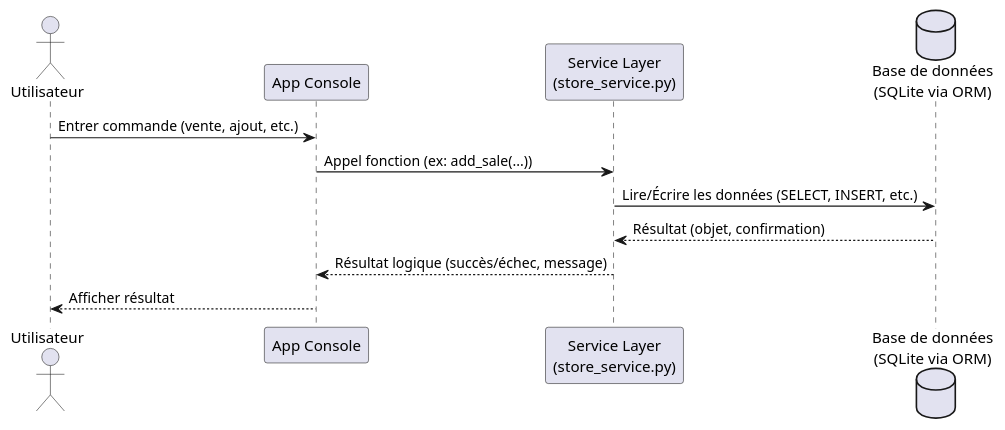
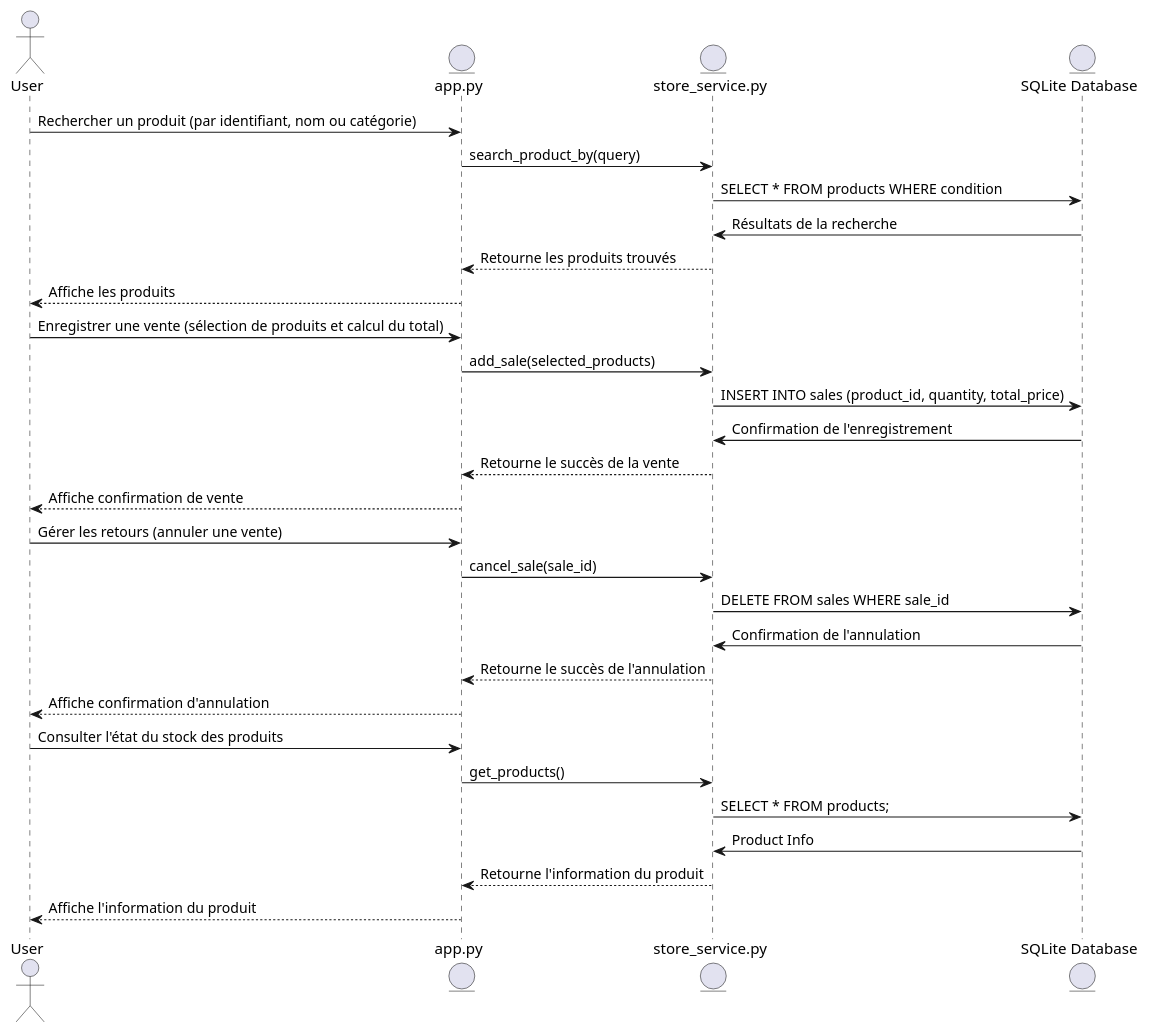
The diagram in docs/UML/lab1/sequence.puml (LawrenceLiang02/LOG430_ETAPE1), drawn with PlantUML before and after one commit. The commit also changed 1 other file, not shown here.

Commit message:
diagramme de sequence

```diff
--- a/docs/UML/lab1/sequence.puml
+++ b/docs/UML/lab1/sequence.puml
@@ -1,13 +1,35 @@
 @startuml diag_seq
-actor Utilisateur
-participant "App Console" as App
-participant "Service Layer\n(store_service.py)" as Service
-database "Base de données\n(SQLite via ORM)" as DB
+actor User
+entity "app.py" as App
+entity "store_service.py" as Service
+entity "SQLite Database" as DB
 
-Utilisateur -> App : Entrer commande (vente, ajout, etc.)
-App -> Service : Appel fonction (ex: add_sale(...))
-Service -> DB : Lire/Écrire les données (SELECT, INSERT, etc.)
-DB --> Service : Résultat (objet, confirmation)
-Service --> App : Résultat logique (succès/échec, message)
-App --> Utilisateur : Afficher résultat
+User -> App: Rechercher un produit (par identifiant, nom ou catégorie)
+App -> Service: search_product_by(query)
+Service -> DB: SELECT * FROM products WHERE condition
+DB -> Service: Résultats de la recherche
+Service --> App: Retourne les produits trouvés
+App --> User: Affiche les produits
+
+User -> App: Enregistrer une vente (sélection de produits et calcul du total)
+App -> Service: add_sale(selected_products)
+Service -> DB: INSERT INTO sales (product_id, quantity, total_price)
+DB -> Service: Confirmation de l'enregistrement
+Service --> App: Retourne le succès de la vente
+App --> User: Affiche confirmation de vente
+
+User -> App: Gérer les retours (annuler une vente)
+App -> Service: cancel_sale(sale_id)
+Service -> DB: DELETE FROM sales WHERE sale_id
+DB -> Service: Confirmation de l'annulation
+Service --> App: Retourne le succès de l'annulation
+App --> User: Affiche confirmation d'annulation
+
+User -> App: Consulter l'état du stock des produits
+App -> Service: get_products()
+Service -> DB: SELECT * FROM products;
+DB -> Service: Product Info
+Service --> App: Retourne l'information du produit
+App --> User: Affiche l'information du produit
+
 @enduml
```
